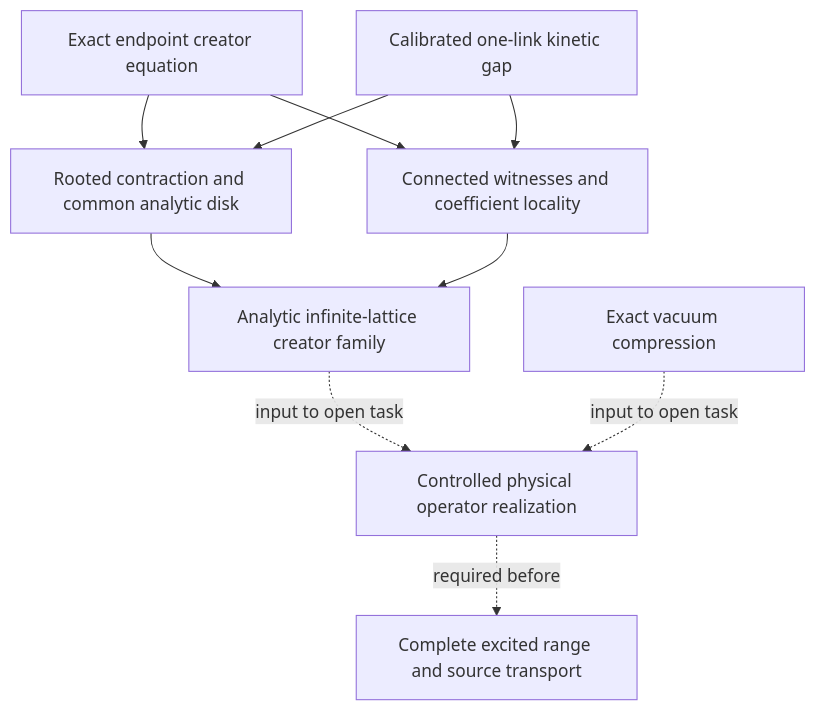
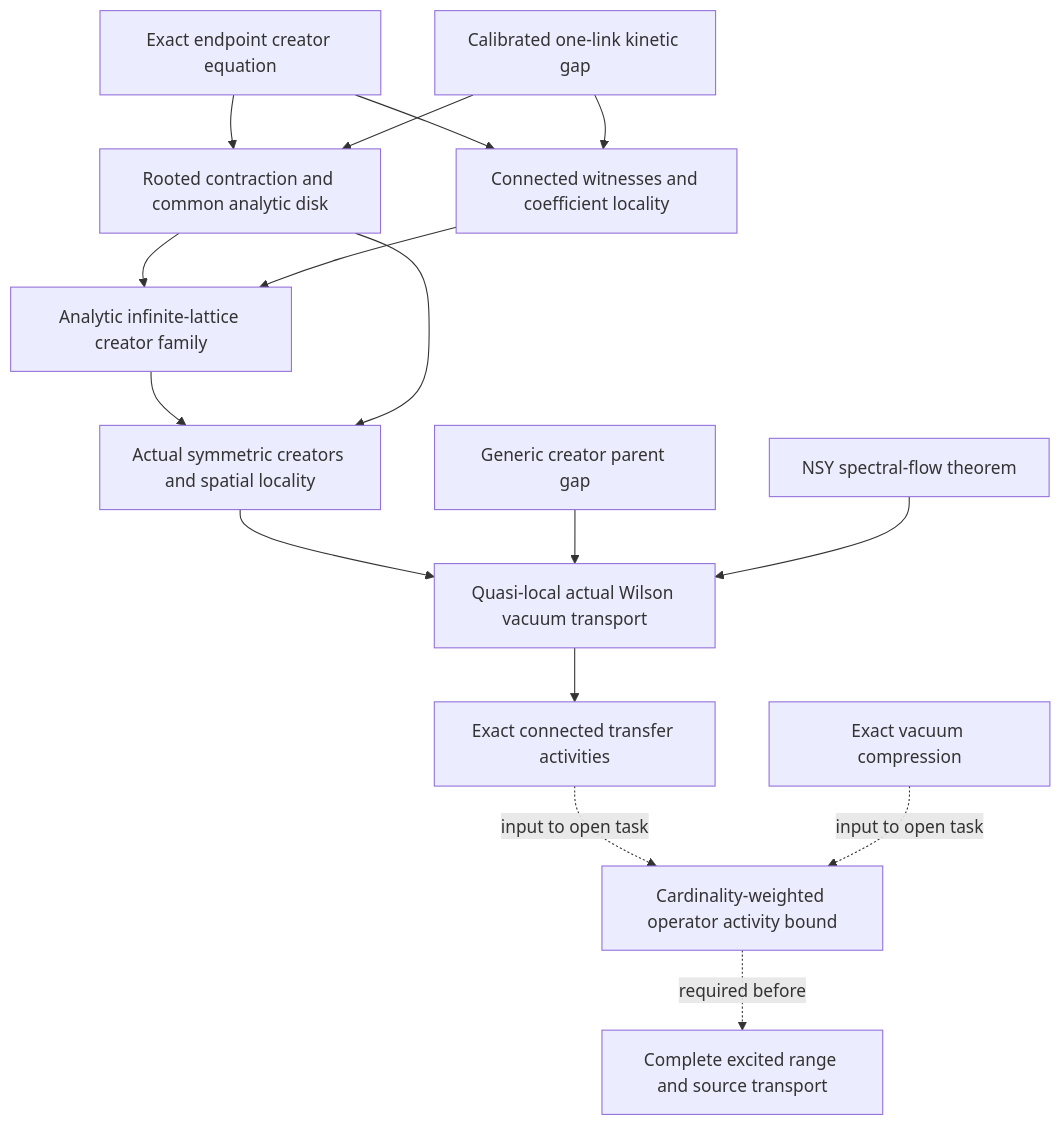
Before and after one commit to ats314/WORKHOUSE: the diagram in docs/current_research.md, drawn with Mermaid. The commit also changed other lines of this file and 67 other files, not shown here.

Commit message:
Realize the Wilson vacuum and construct exact connected transfer activities

````diff
--- a/docs/current_research.md
+++ b/docs/current_research.md
@@ -72,12 +109,18 @@
 ```mermaid
 flowchart TD
   E[Exact endpoint creator equation] --> C[Rooted contraction and common analytic disk]
   K[Calibrated one-link kinetic gap] --> C
   E --> L[Connected witnesses and coefficient locality]
   K --> L
   C --> T[Analytic infinite-lattice creator family]
   L --> T
-  T -. input to open task .-> O[Controlled physical operator realization]
+  T --> W[Actual symmetric creators and spatial locality]
+  C --> W
+  W --> Q[Quasi-local actual Wilson vacuum transport]
+  G[Generic creator parent gap] --> Q
+  N[NSY spectral-flow theorem] --> Q
+  Q --> A[Exact connected transfer activities]
+  A -. input to open task .-> O[Cardinality-weighted operator activity bound]
   V[Exact vacuum compression] -. input to open task .-> O
   O -. required before .-> P[Complete excited range and source transport]
 ```
````
